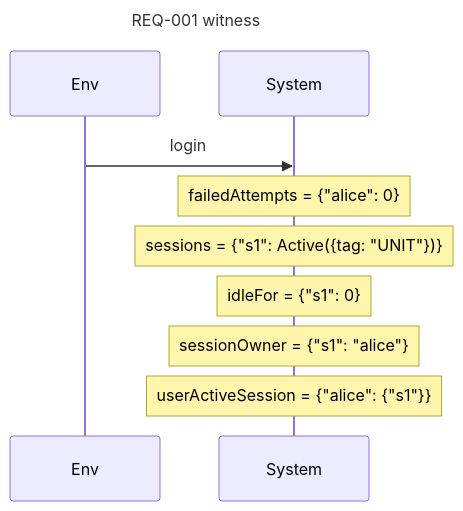
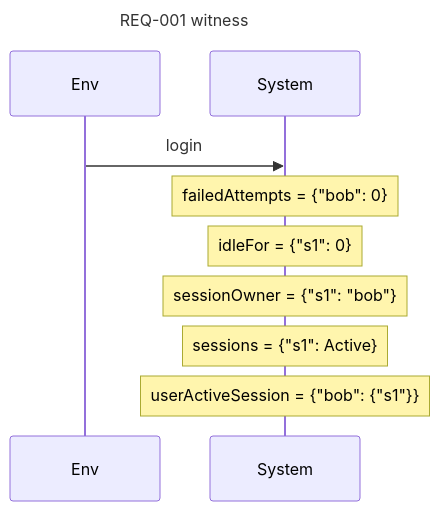
The second of 8 diagrams in examples/specs/auth.readback.md (AlesKracik/quintessence), drawn with Mermaid before and after one commit. The commit also changed other lines of this file and 53 other files, not shown here.

````diff
--- a/examples/specs/auth.readback.md
+++ b/examples/specs/auth.readback.md
@@ -215,12 +216,12 @@
 ```mermaid
 sequenceDiagram
     title REQ-001 witness
     participant E as Env
     participant S as System
     E->>S: login
-    Note over S: failedAttempts = {"alice": 0}
-    Note over S: sessions = {"s1": Active({tag: "UNIT"})}
+    Note over S: failedAttempts = {"bob": 0}
     Note over S: idleFor = {"s1": 0}
-    Note over S: sessionOwner = {"s1": "alice"}
-    Note over S: userActiveSession = {"alice": {"s1"}}
+    Note over S: sessionOwner = {"s1": "bob"}
+    Note over S: sessions = {"s1": Active}
+    Note over S: userActiveSession = {"bob": {"s1"}}
 ```
````
